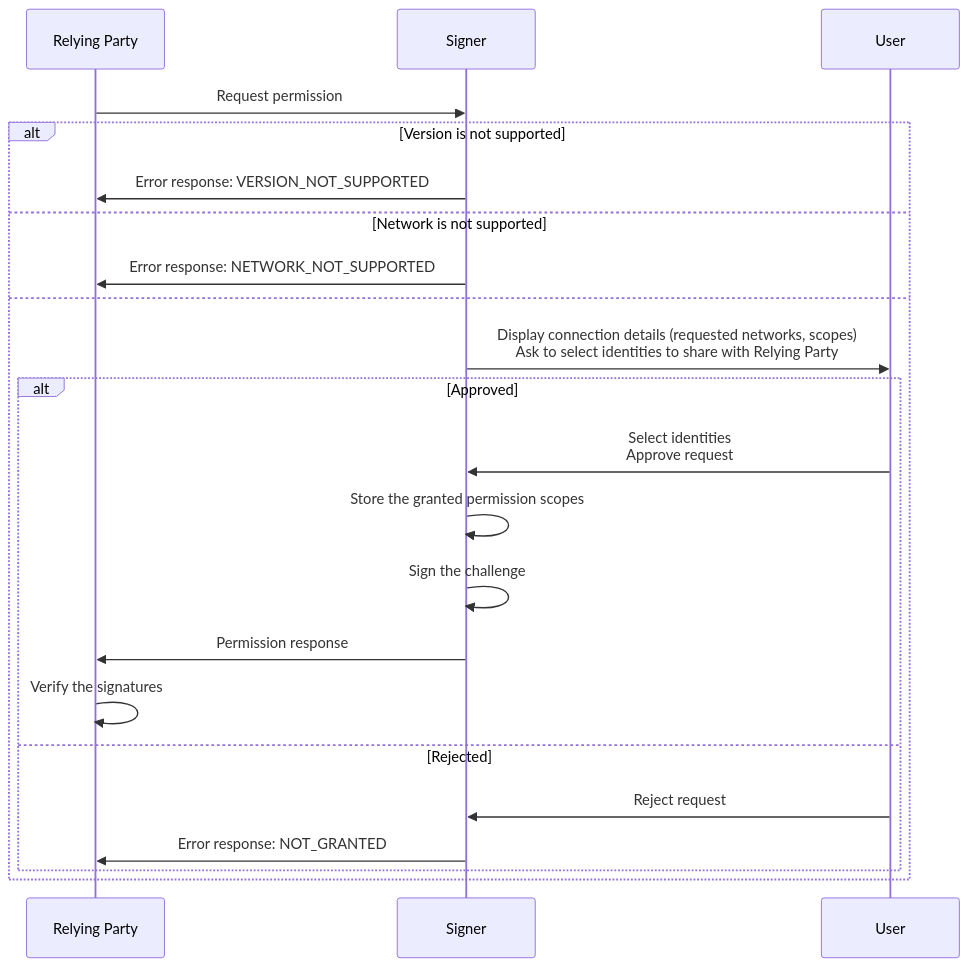
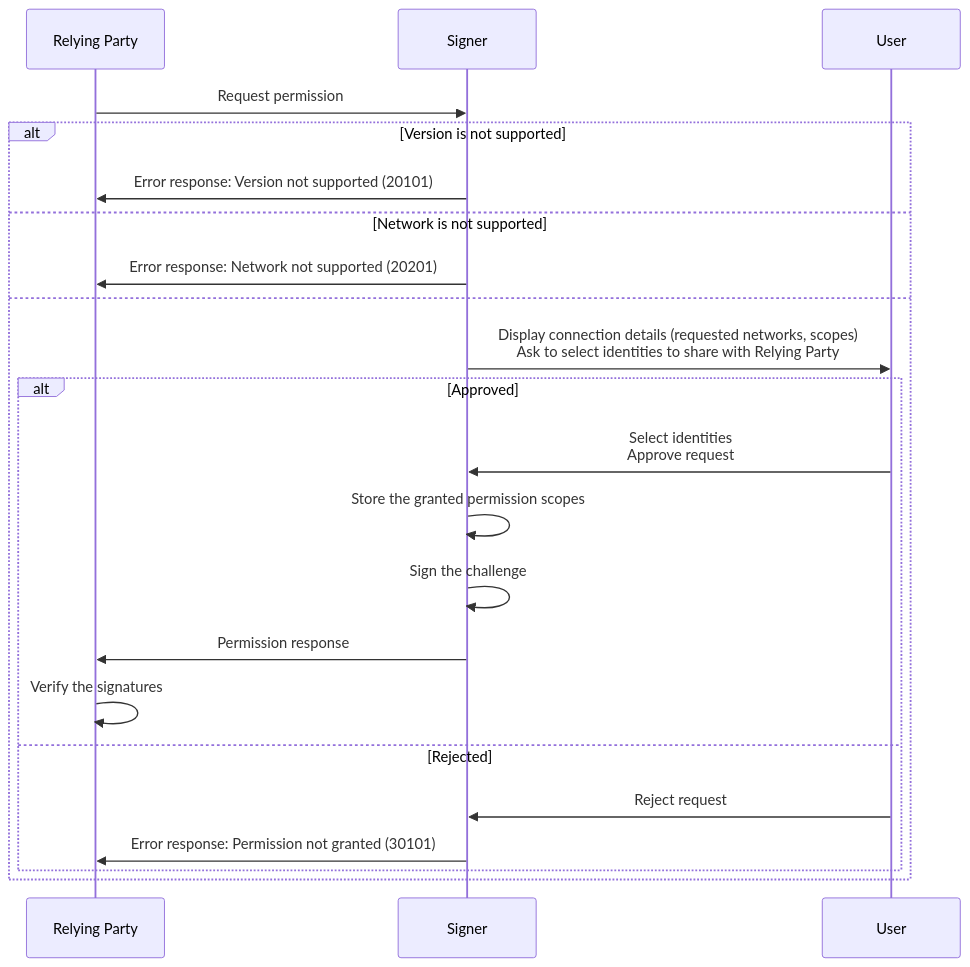
One commit to dfinity/wg-identity-authentication changed the first of 3 diagrams in topics/icrc_25_signer_interaction_standard.md. Above: the diagram before and after it, drawn with Mermaid. The commit also changed other lines of this file, not shown here.

First line of the commit message:
ICRC25 Error fixes (#69)

````diff
--- a/topics/icrc_25_signer_interaction_standard.md
+++ b/topics/icrc_25_signer_interaction_standard.md
@@ -102,25 +99,25 @@
 ```mermaid
 sequenceDiagram
     participant RP as Relying Party
     participant S as Signer
     participant U as User
 
     RP ->> S: Request permission
     alt Version is not supported
-        S ->> RP: Error response: VERSION_NOT_SUPPORTED
+        S ->> RP: Error response: Version not supported (20101)
     else Network is not supported
-        S ->> RP: Error response: NETWORK_NOT_SUPPORTED
+        S ->> RP: Error response: Network not supported (20201)
     else
         S ->> U: Display connection details (requested networks, scopes)<br/> Ask to select identities to share with Relying Party
         alt Approved
             U ->> S: Select identities<br/>Approve request
             S ->> S: Store the granted permission scopes
             S ->> S: Sign the challenge
             S ->> RP: Permission response
             RP ->> RP: Verify the signatures
         else Rejected
             U ->> S: Reject request
-            S ->> RP: Error response: NOT_GRANTED
+            S ->> RP: Error response: Permission not granted (30101)
         end
     end
 ```
````
